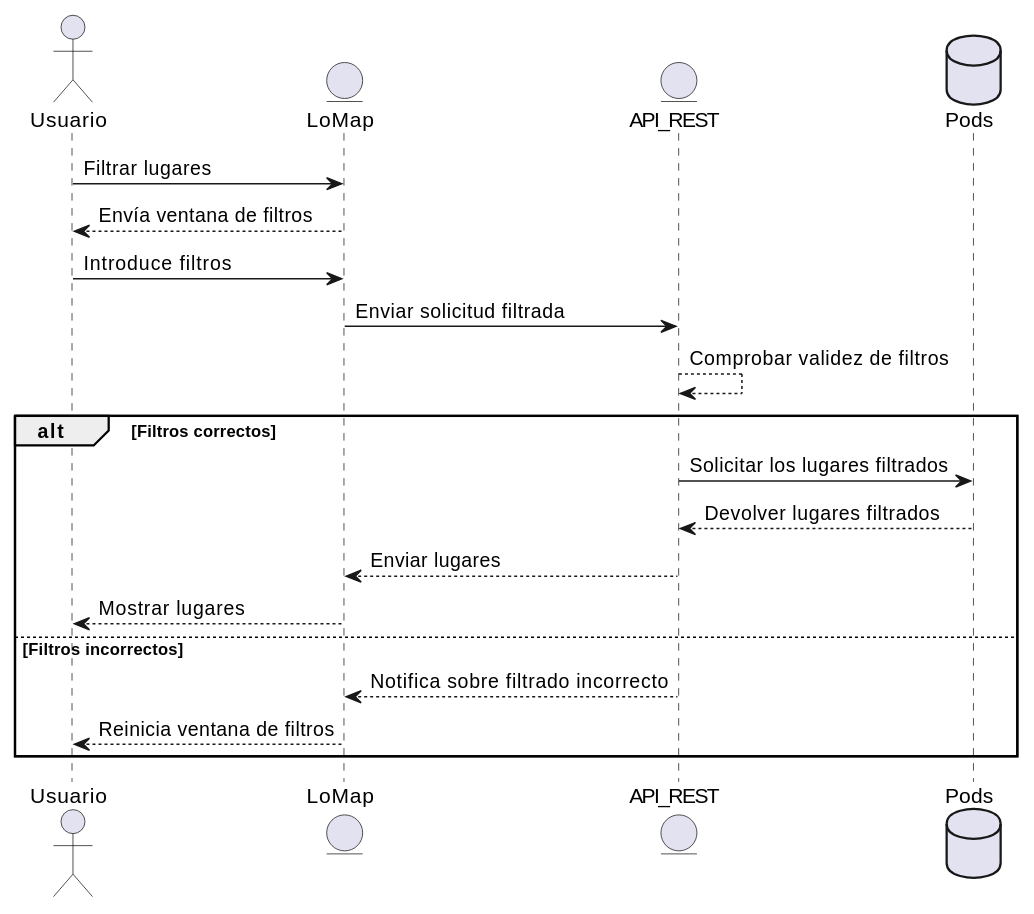
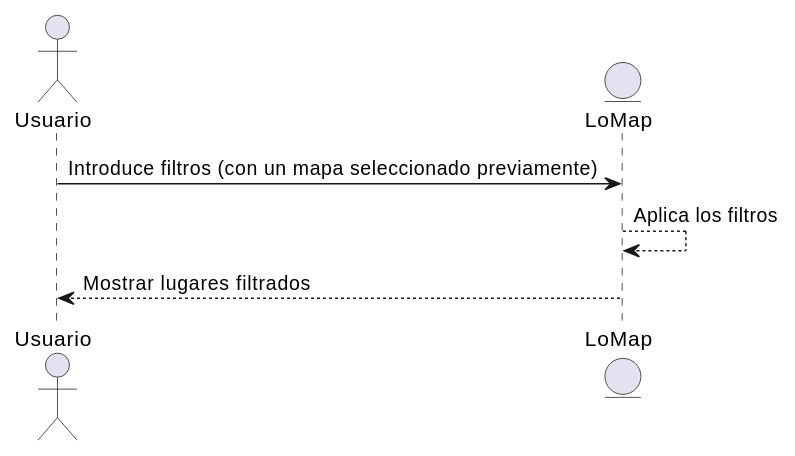
Diagram 14 of 16 in docs/06_runtime_view.adoc (Arquisoft/lomap_es3c), drawn with PlantUML before and after one commit. The commit also changed other lines of this file, not shown here.

```diff
--- a/docs/06_runtime_view.adoc
+++ b/docs/06_runtime_view.adoc
@@ -234,21 +227,8 @@
 [plantuml,"Sequence diagram7",png]
 ----
 actor Usuario
 entity LoMap
-Usuario -> LoMap: Filtrar lugares
-LoMap--> Usuario: Envía ventana de filtros
-Usuario -> LoMap: Introduce filtros
-entity API_REST
-database Pod as "Pods"
-LoMap-> API_REST: Enviar solicitud filtrada
-API_REST--> API_REST: Comprobar validez de filtros
-alt Filtros correctos
-API_REST-> Pod: Solicitar los lugares filtrados
-Pod--> API_REST: Devolver lugares filtrados
-API_REST--> LoMap: Enviar lugares
-LoMap--> Usuario: Mostrar lugares
-else Filtros incorrectos
-API_REST --> LoMap: Notifica sobre filtrado incorrecto
-LoMap--> Usuario: Reinicia ventana de filtros
-end
+Usuario -> LoMap: Introduce filtros (con un mapa seleccionado previamente)
+LoMap--> LoMap: Aplica los filtros
+LoMap--> Usuario: Mostrar lugares filtrados
 ----
```
